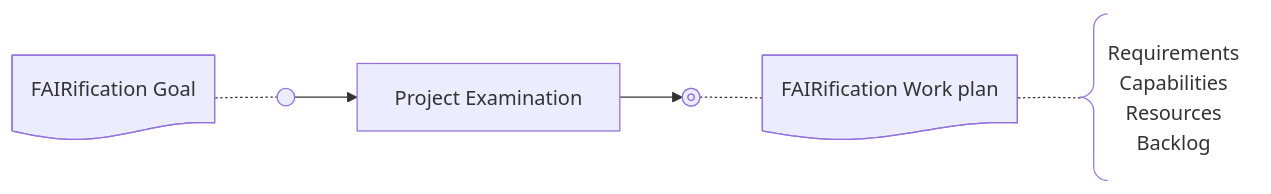
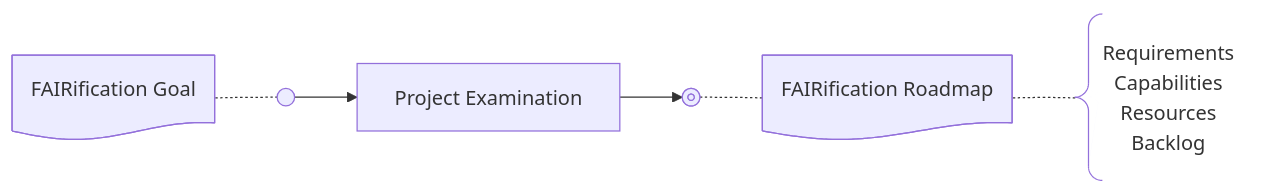
One commit to elixir-europe/interoperability_2024-26 changed the diagram in pages/framework/diagrams-mmd/FAIRificationProcess-menu-02.mmd. Above: the diagram before and after it, drawn with Mermaid. The commit also changed 3 other files, not shown here.

```diff
--- a/pages/framework/diagrams-mmd/FAIRificationProcess-menu-02.mmd
+++ b/pages/framework/diagrams-mmd/FAIRificationProcess-menu-02.mmd
@@ -1,11 +1,11 @@
 flowchart LR;
     A@{ shape: doc, label: "FAIRification Goal" }
     start@{ shape: sm-circ, label: "Define FAIRification Goal" }
     PhaseII@{ shape: process, label: "Project Examination"}
     finish@{ shape: framed-circle, label: "Iterative FAIRification Cycles" }
-    B1@{ shape: doc, label: "FAIRification Work plan" }
+    B1@{ shape: doc, label: "FAIRification Roadmap" }
     B2@{ shape: brace, label: "Requirements
     Capabilities
     Resources
     Backlog" }
     A -.- start --> PhaseII --> finish -.- B1 -.- B2
```
